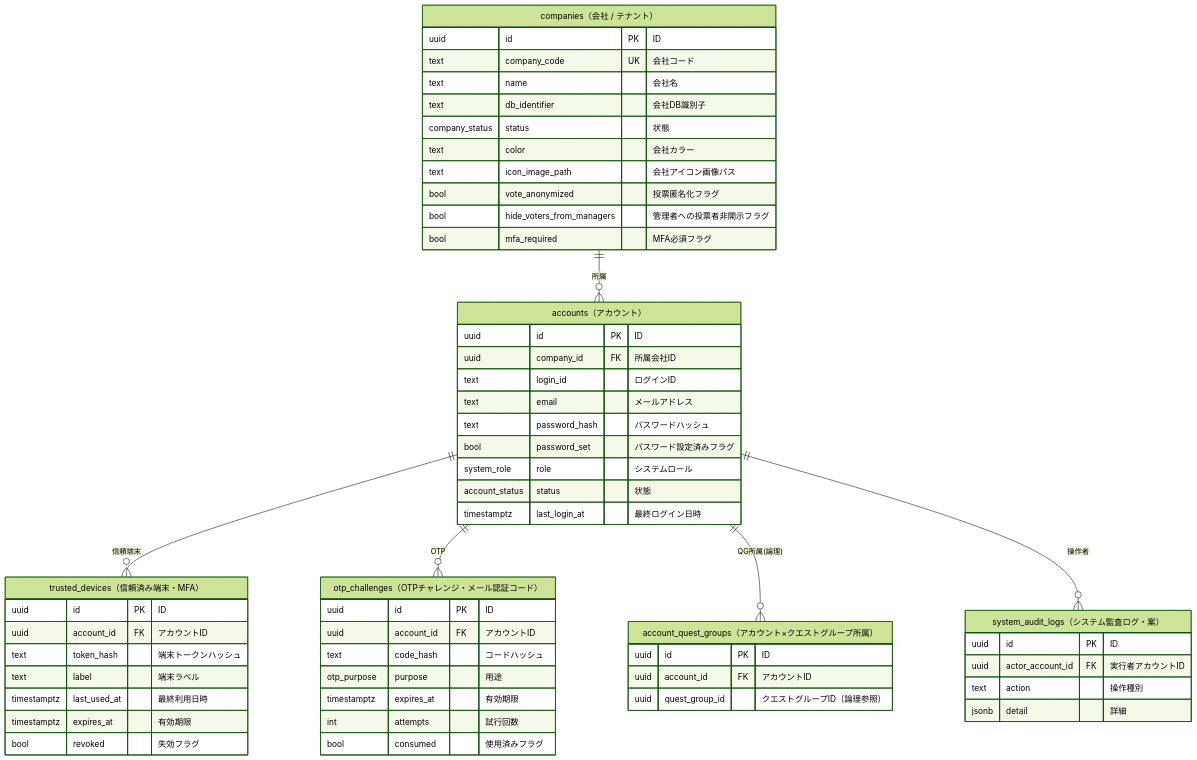
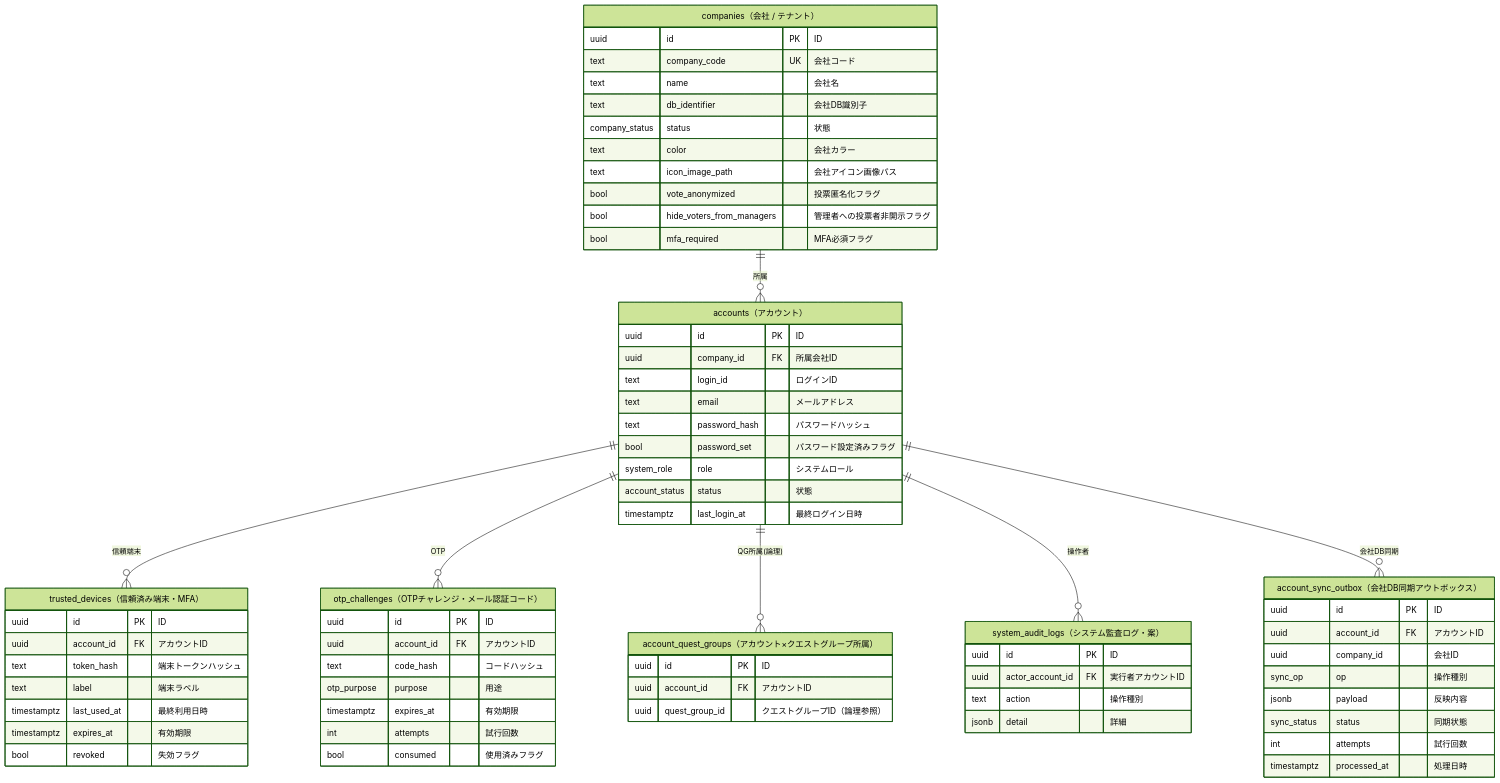
The second of 4 diagrams in doc/データモデル.md (t-umekawa-sc/sc-ideaquest-G2), drawn with Mermaid (forest theme) before and after one commit. The commit also changed other lines of this file and 2 other files, not shown here.

````diff
--- a/doc/データモデル.md
+++ b/doc/データモデル.md
@@ -149,61 +151,72 @@
 ```mermaid
 erDiagram
   companies ||--o{ accounts : "所属"
   accounts ||--o{ trusted_devices : "信頼端末"
   accounts ||--o{ otp_challenges : "OTP"
   accounts ||--o{ account_quest_groups : "QG所属(論理)"
   accounts ||--o{ system_audit_logs : "操作者"
+  accounts ||--o{ account_sync_outbox : "会社DB同期"
 
   companies["companies（会社 / テナント）"] {
     uuid id PK "ID"
     text company_code UK "会社コード"
     text name "会社名"
     text db_identifier "会社DB識別子"
     company_status status "状態"
     text color "会社カラー"
     text icon_image_path "会社アイコン画像パス"
     bool vote_anonymized "投票匿名化フラグ"
     bool hide_voters_from_managers "管理者への投票者非開示フラグ"
     bool mfa_required "MFA必須フラグ"
   }
   accounts["accounts（アカウント）"] {
     uuid id PK "ID"
     uuid company_id FK "所属会社ID"
     text login_id "ログインID"
     text email "メールアドレス"
     text password_hash "パスワードハッシュ"
     bool password_set "パスワード設定済みフラグ"
     system_role role "システムロール"
     account_status status "状態"
     timestamptz last_login_at "最終ログイン日時"
   }
   trusted_devices["trusted_devices（信頼済み端末・MFA）"] {
     uuid id PK "ID"
     uuid account_id FK "アカウントID"
     text token_hash "端末トークンハッシュ"
     text label "端末ラベル"
     timestamptz last_used_at "最終利用日時"
     timestamptz expires_at "有効期限"
     bool revoked "失効フラグ"
   }
   otp_challenges["otp_challenges（OTPチャレンジ・メール認証コード）"] {
     uuid id PK "ID"
     uuid account_id FK "アカウントID"
     text code_hash "コードハッシュ"
     otp_purpose purpose "用途"
     timestamptz expires_at "有効期限"
     int attempts "試行回数"
     bool consumed "使用済みフラグ"
   }
   account_quest_groups["account_quest_groups（アカウント×クエストグループ所属）"] {
     uuid id PK "ID"
     uuid account_id FK "アカウントID"
     uuid quest_group_id "クエストグループID（論理参照）"
   }
   system_audit_logs["system_audit_logs（システム監査ログ・案）"] {
     uuid id PK "ID"
     uuid actor_account_id FK "実行者アカウントID"
     text action "操作種別"
     jsonb detail "詳細"
   }
+  account_sync_outbox["account_sync_outbox（会社DB同期アウトボックス）"] {
+    uuid id PK "ID"
+    uuid account_id FK "アカウントID"
+    uuid company_id "会社ID"
+    sync_op op "操作種別"
+    jsonb payload "反映内容"
+    sync_status status "同期状態"
+    int attempts "試行回数"
+    timestamptz processed_at "処理日時"
+  }
 ```
````
